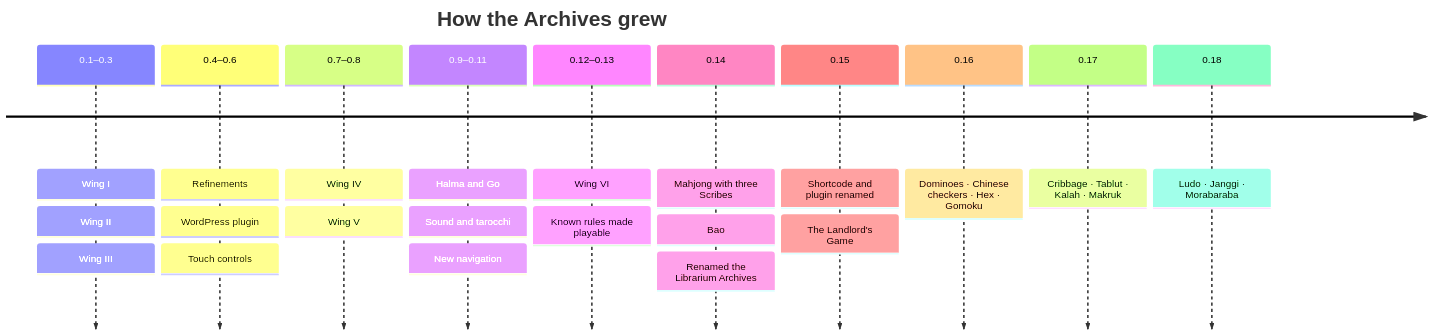
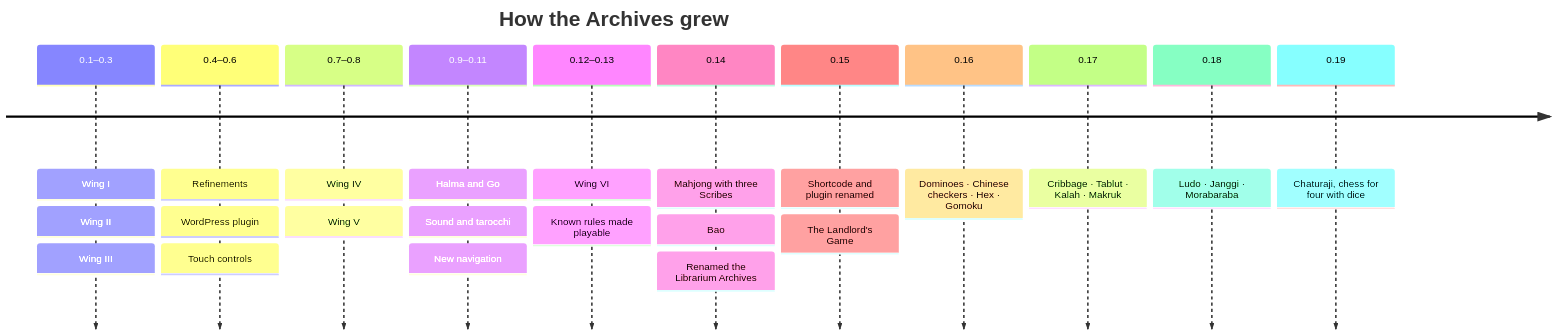
One commit to CptNope/Librarium-Archives changed the first of 2 diagrams in docs/roadmap.md. Above: the diagram before and after it, drawn with Mermaid. The commit also changed other lines of this file and 15 other files, not shown here.

First line of the commit message:
Add Chaturaji, chess for four with dice

````diff
--- a/docs/roadmap.md
+++ b/docs/roadmap.md
@@ -3,14 +3,15 @@
 ```mermaid
 timeline
     title How the Archives grew
     0.1–0.3 : Wing I : Wing II : Wing III
     0.4–0.6 : Refinements : WordPress plugin : Touch controls
     0.7–0.8 : Wing IV : Wing V
     0.9–0.11 : Halma and Go : Sound and tarocchi : New navigation
     0.12–0.13 : Wing VI : Known rules made playable
     0.14 : Mahjong with three Scribes : Bao : Renamed the Librarium Archives
     0.15 : Shortcode and plugin renamed : The Landlord's Game
     0.16 : Dominoes · Chinese checkers · Hex · Gomoku
     0.17 : Cribbage · Tablut · Kalah · Makruk
     0.18 : Ludo · Janggi · Morabaraba
+    0.19 : Chaturaji, chess for four with dice
 ```
````
